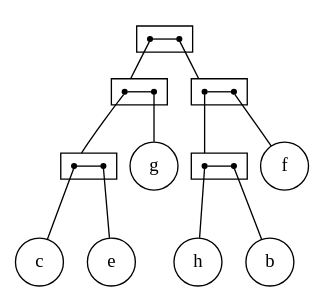
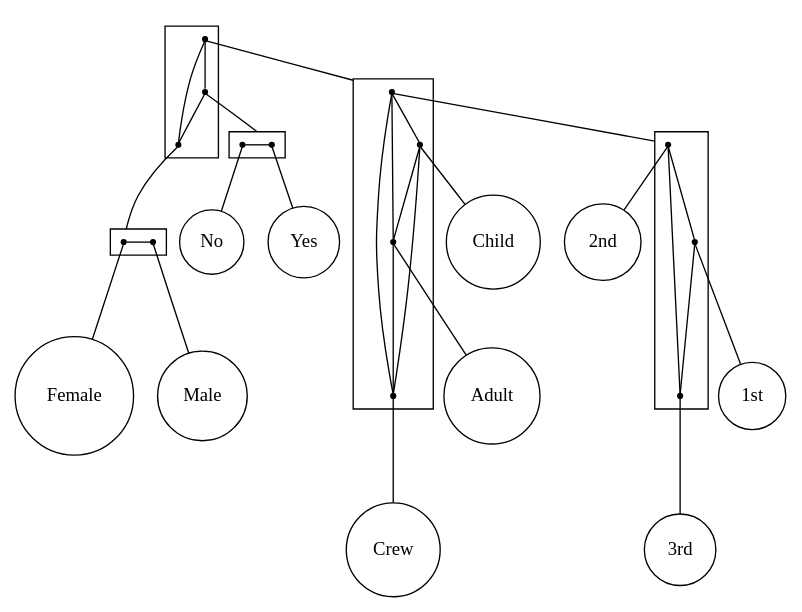
Before and after one commit to lrodrin/TFG: the diagram in src/final/plain_2-structure.dot, drawn with Graphviz. The commit also changed 15 other files, not shown here.

```diff
--- a/src/final/plain_2-structure.dot
+++ b/src/final/plain_2-structure.dot
@@ -1,53 +1,67 @@
 strict digraph "plain_2-structure" {
 compound=true;
 fontname=Verdana;
 fontsize=12;
 newrank=true;
 node [shape=circle];
-f;
-g;
-c;
-e;
-h;
-b;
-subgraph cluster_fegchb {
+Child;
+Adult;
+Crew;
+"2nd";
+"1st";
+"3rd";
+Female;
+Male;
+Yes;
+No;
+subgraph cluster_MaleAdultNo2ndFemale1stYesCrew3rdChild {
+node [shape=point];
+s_CrewAdult3rd2ndChild1st -> s_YesNo  [arrowhead=none, color=black];
+s_CrewAdult3rd2ndChild1st -> s_MaleFemale  [arrowhead=none, color=black];
+s_YesNo -> s_MaleFemale  [arrowhead=none, color=black];
+}
+
+subgraph cluster_CrewAdult3rd2ndChild1st {
+node [shape=point];
+s_3rd1st2nd -> s_Child  [arrowhead=none, color=black];
+s_3rd1st2nd -> s_Adult  [arrowhead=none, color=black];
+s_3rd1st2nd -> s_Crew  [arrowhead=none, color=black];
+s_Child -> s_Adult  [arrowhead=none, color=black];
+s_Child -> s_Crew  [arrowhead=none, color=black];
+s_Adult -> s_Crew  [arrowhead=none, color=black];
+}
+
+subgraph cluster_3rd1st2nd {
+node [shape=point];
+s_2nd -> s_1st  [arrowhead=none, color=black];
+s_2nd -> s_3rd  [arrowhead=none, color=black];
+s_1st -> s_3rd  [arrowhead=none, color=black];
+}
+
+subgraph cluster_MaleFemale {
 rank=same;
 node [shape=point];
-s_ceg -> s_fhb  [arrowhead=none, color=black];
+s_Female -> s_Male  [arrowhead=none, color=black];
 }
 
-subgraph cluster_fhb {
+subgraph cluster_YesNo {
 rank=same;
 node [shape=point];
-s_hb -> s_f  [arrowhead=none, color=black];
+s_Yes -> s_No  [arrowhead=none, color=black];
 }
 
-subgraph cluster_ceg {
-rank=same;
-node [shape=point];
-s_ce -> s_g  [arrowhead=none, color=black];
+s_CrewAdult3rd2ndChild1st -> s_3rd1st2nd  [arrowhead=none, lhead=cluster_CrewAdult3rd2ndChild1st];
+s_YesNo -> s_Yes  [arrowhead=none, lhead=cluster_YesNo];
+s_MaleFemale -> s_Female  [arrowhead=none, lhead=cluster_MaleFemale];
+s_3rd1st2nd -> s_2nd  [arrowhead=none, lhead=cluster_3rd1st2nd];
+s_Child -> Child  [arrowhead=none];
+s_Adult -> Adult  [arrowhead=none];
+s_Crew -> Crew  [arrowhead=none];
+s_2nd -> "2nd"  [arrowhead=none];
+s_1st -> "1st"  [arrowhead=none];
+s_3rd -> "3rd"  [arrowhead=none];
+s_Female -> Female  [arrowhead=none];
+s_Male -> Male  [arrowhead=none];
+s_Yes -> Yes  [arrowhead=none];
+s_No -> No  [arrowhead=none];
 }
-
-subgraph cluster_ce {
-rank=same;
-node [shape=point];
-s_c -> s_e  [arrowhead=none, color=black];
-}
-
-subgraph cluster_hb {
-rank=same;
-node [shape=point];
-s_h -> s_b  [arrowhead=none, color=black];
-}
-
-s_ceg -> s_ce  [arrowhead=none, lhead=cluster_ceg];
-s_fhb -> s_hb  [arrowhead=none, lhead=cluster_fhb];
-s_hb -> s_h  [arrowhead=none, lhead=cluster_hb];
-s_f -> f  [arrowhead=none];
-s_ce -> s_c  [arrowhead=none, lhead=cluster_ce];
-s_g -> g  [arrowhead=none];
-s_c -> c  [arrowhead=none];
-s_e -> e  [arrowhead=none];
-s_h -> h  [arrowhead=none];
-s_b -> b  [arrowhead=none];
-}
```
